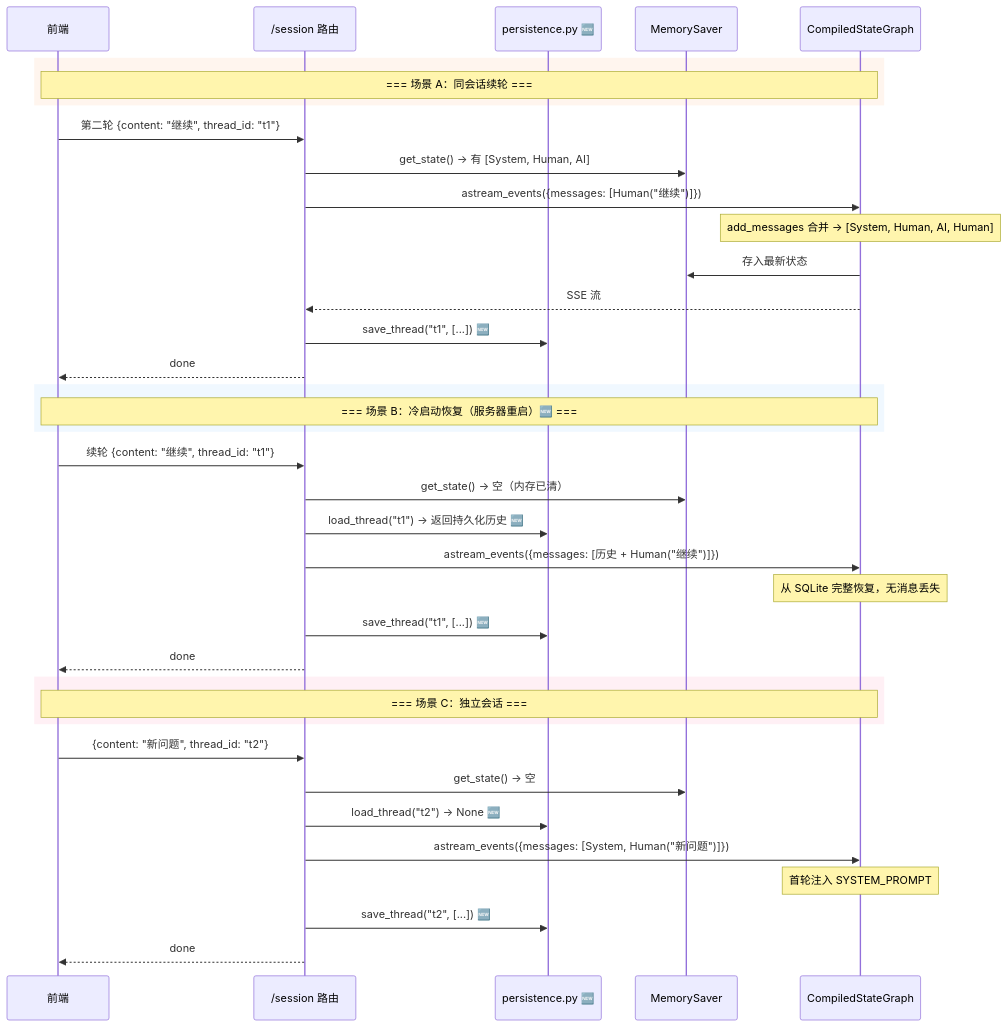
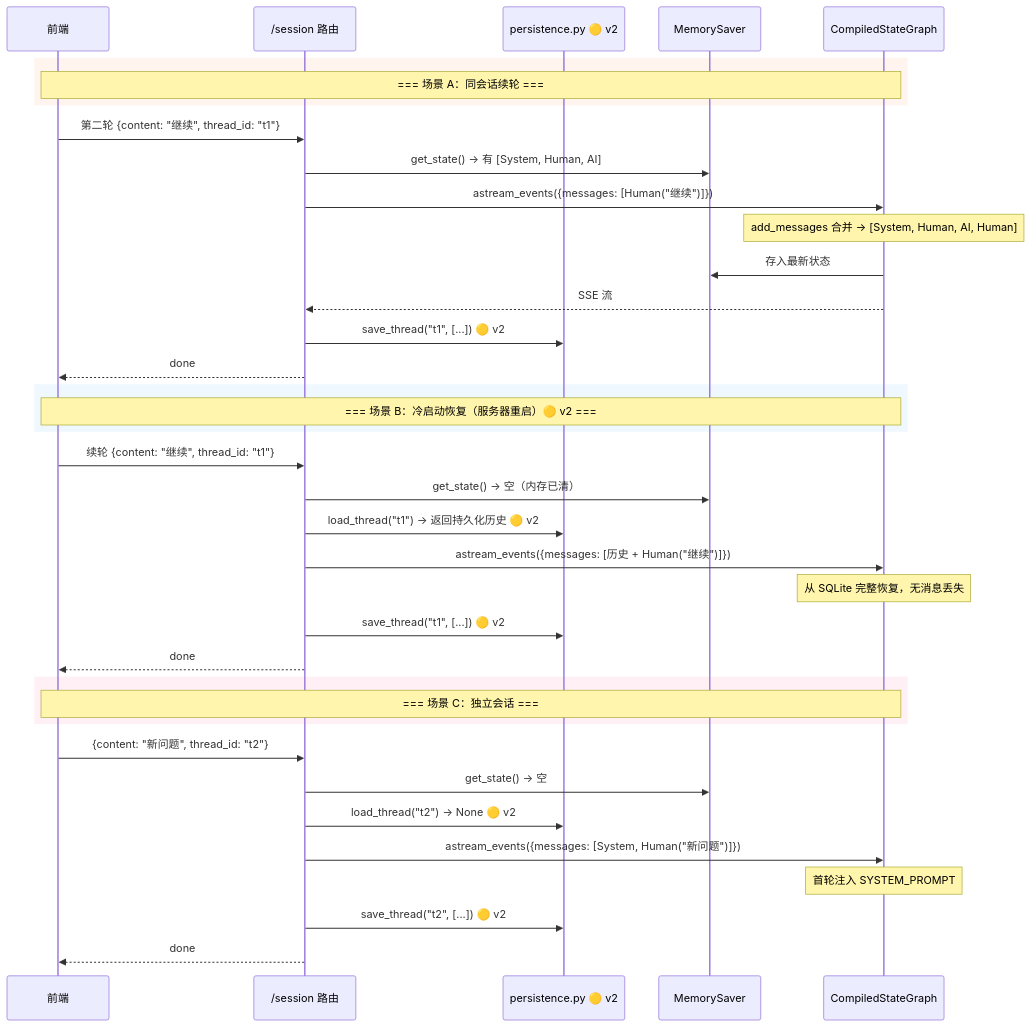
Before and after one commit to wuLa0702/llm_wiki_selfbuild: the fourth of 9 diagrams in docs/agent-architecture-diagrams.md, drawn with Mermaid. The commit also changed other lines of this file, not shown here.

````diff
--- a/docs/agent-architecture-diagrams.md
+++ b/docs/agent-architecture-diagrams.md
@@ -162,42 +180,42 @@
 ```mermaid
 sequenceDiagram
     participant Client as 前端
     participant Route as /session 路由
-    participant Persist as persistence.py 🆕
+    participant Persist as persistence.py 🟡 v2
     participant Mem as MemorySaver
     participant Graph as CompiledStateGraph
 
     rect rgb(255, 245, 238)
         Note over Client,Graph: === 场景 A：同会话续轮 ===
     end
     Client->>Route: 第二轮 {content: "继续", thread_id: "t1"}
     Route->>Mem: get_state() → 有 [System, Human, AI]
     Route->>Graph: astream_events({messages: [Human("继续")]})
     Note over Graph: add_messages 合并 → [System, Human, AI, Human]
     Graph->>Mem: 存入最新状态
     Graph-->>Route: SSE 流
-    Route->>Persist: save_thread("t1", [...]) 🆕
+    Route->>Persist: save_thread("t1", [...]) 🟡 v2
     Route-->>Client: done
 
     rect rgb(240, 248, 255)
-        Note over Client,Graph: === 场景 B：冷启动恢复（服务器重启）🆕 ===
+        Note over Client,Graph: === 场景 B：冷启动恢复（服务器重启）🟡 v2 ===
     end
     Client->>Route: 续轮 {content: "继续", thread_id: "t1"}
     Route->>Mem: get_state() → 空（内存已清）
-    Route->>Persist: load_thread("t1") → 返回持久化历史 🆕
+    Route->>Persist: load_thread("t1") → 返回持久化历史 🟡 v2
     Route->>Graph: astream_events({messages: [历史 + Human("继续")]})
     Note over Graph: 从 SQLite 完整恢复，无消息丢失
-    Route->>Persist: save_thread("t1", [...]) 🆕
+    Route->>Persist: save_thread("t1", [...]) 🟡 v2
     Route-->>Client: done
 
     rect rgb(255, 240, 245)
         Note over Client,Graph: === 场景 C：独立会话 ===
     end
     Client->>Route: {content: "新问题", thread_id: "t2"}
     Route->>Mem: get_state() → 空
-    Route->>Persist: load_thread("t2") → None 🆕
+    Route->>Persist: load_thread("t2") → None 🟡 v2
     Route->>Graph: astream_events({messages: [System, Human("新问题")]})
     Note over Graph: 首轮注入 SYSTEM_PROMPT
-    Route->>Persist: save_thread("t2", [...]) 🆕
+    Route->>Persist: save_thread("t2", [...]) 🟡 v2
     Route-->>Client: done
 ```
````
